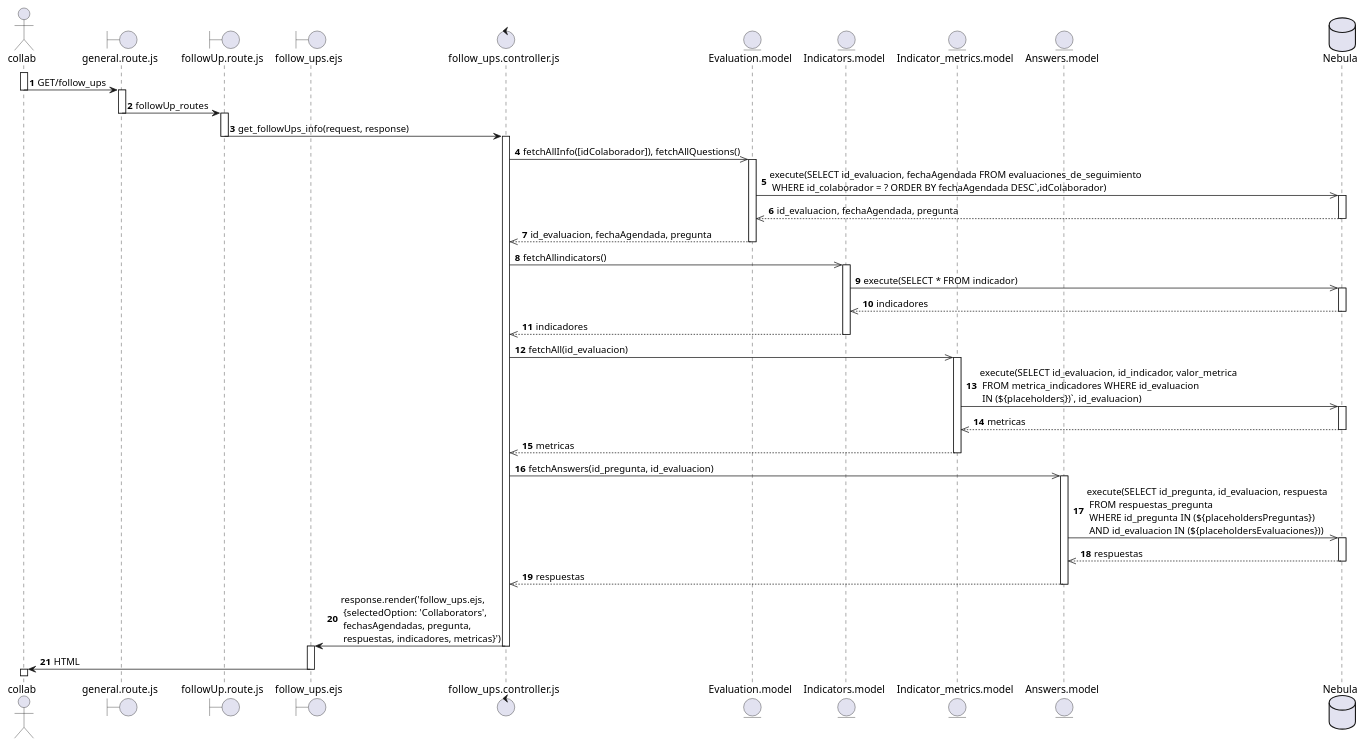
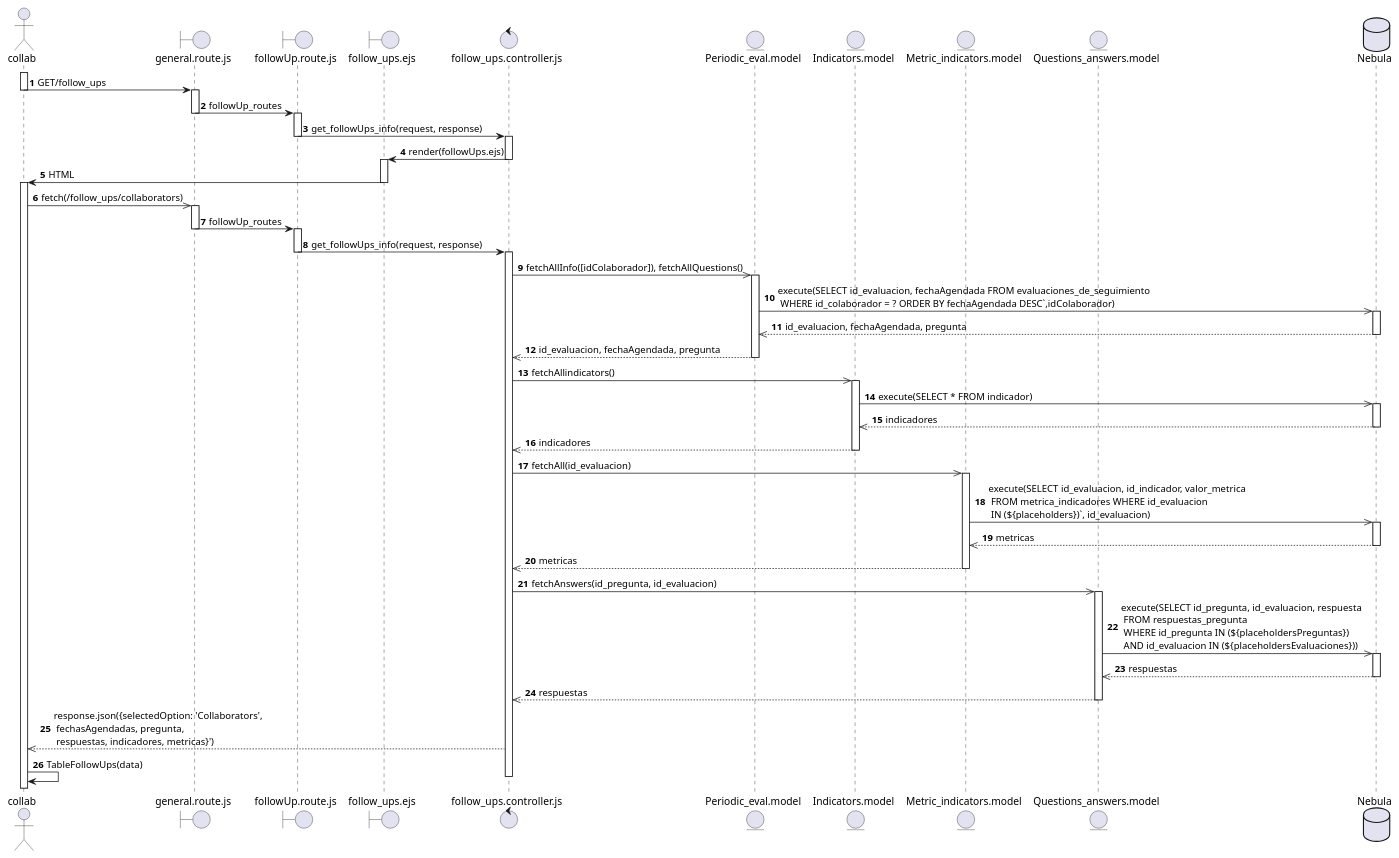
One commit to SALV19/Nebula_tc2005b changed the diagram in diagramas_secuencia/collab_consults_follow-ups.puml. Above: the diagram before and after it, drawn with PlantUML. The commit also changed 2 other files, not shown here.

Commit message:
[UPDATE] sequence diagrams

```diff
--- a/diagramas_secuencia/collab_consults_follow-ups.puml
+++ b/diagramas_secuencia/collab_consults_follow-ups.puml
@@ -1,71 +1,86 @@
 @startuml REQ-12
 autonumber
 actor collab
 boundary general.route.js as GeneralRoutes
 boundary followUp.route.js as followUpsRoutes
 boundary follow_ups.ejs as followUpsViews
 control follow_ups.controller.js as followUpsController
-entity Evaluation.model as evalModel
+entity Periodic_eval.model as evalModel
 entity Indicators.model as IndiModel
-entity Indicator_metrics.model as IndiMetricModel
-entity Answers.model as AnsModel
+entity Metric_indicators.model as IndiMetricModel
+entity Questions_answers.model as AnsModel
 database Nebula as nebula
 
 activate collab
 collab -> GeneralRoutes: GET/follow_ups
 deactivate collab
+activate GeneralRoutes
+
+GeneralRoutes -> followUpsRoutes: followUp_routes
+deactivate GeneralRoutes
+activate followUpsRoutes
+
+followUpsRoutes -> followUpsController: get_followUps_info(request, response)
+deactivate followUpsRoutes
+activate followUpsController
+
+followUpsController -> followUpsViews: render(followUps.ejs)
+deactivate followUpsController
+activate followUpsViews
+
+followUpsViews->collab: HTML
+deactivate followUpsViews
+activate collab
+
+collab ->> GeneralRoutes: fetch(/follow_ups/collaborators)
 activate GeneralRoutes
 
 GeneralRoutes -> followUpsRoutes: followUp_routes
 deactivate GeneralRoutes
 activate followUpsRoutes
 
 followUpsRoutes -> followUpsController: get_followUps_info(request, response)
 deactivate followUpsRoutes
 activate followUpsController
 
 followUpsController ->> evalModel: fetchAllInfo([idColaborador]), fetchAllQuestions()
 activate evalModel
 evalModel ->> nebula: execute(SELECT id_evaluacion, fechaAgendada FROM evaluaciones_de_seguimiento \n WHERE id_colaborador = ? ORDER BY fechaAgendada DESC`,idColaborador)
 activate nebula
 nebula -->> evalModel: id_evaluacion, fechaAgendada, pregunta
 deactivate nebula
 evalModel -->> followUpsController: id_evaluacion, fechaAgendada, pregunta
 deactivate evalModel
 
 followUpsController ->> IndiModel: fetchAllindicators()
 activate IndiModel
 IndiModel ->> nebula: execute(SELECT * FROM indicador)
 activate nebula
 nebula -->> IndiModel: indicadores
 deactivate nebula
 IndiModel -->> followUpsController: indicadores
 deactivate IndiModel
 
 followUpsController ->> IndiMetricModel: fetchAll(id_evaluacion)
 activate IndiMetricModel
 IndiMetricModel ->> nebula: execute(SELECT id_evaluacion, id_indicador, valor_metrica \n FROM metrica_indicadores WHERE id_evaluacion \n IN (${placeholders})`, id_evaluacion)
 activate nebula
 nebula -->> IndiMetricModel: metricas
 deactivate nebula
 IndiMetricModel -->> followUpsController: metricas
 deactivate IndiMetricModel
 
 followUpsController ->> AnsModel: fetchAnswers(id_pregunta, id_evaluacion)
 activate AnsModel
 AnsModel ->> nebula: execute(SELECT id_pregunta, id_evaluacion, respuesta \n FROM respuestas_pregunta \n WHERE id_pregunta IN (${placeholdersPreguntas}) \n AND id_evaluacion IN (${placeholdersEvaluaciones}))
 activate nebula
 nebula -->> AnsModel: respuestas
 deactivate nebula
 AnsModel -->> followUpsController: respuestas
 deactivate AnsModel
 
-followUpsController -> followUpsViews: response.render('follow_ups.ejs, \n {selectedOption: 'Collaborators', \n fechasAgendadas, pregunta, \n respuestas, indicadores, metricas}')
+followUpsController -->> collab: response.json({selectedOption: 'Collaborators', \n fechasAgendadas, pregunta, \n respuestas, indicadores, metricas}')
+collab -> collab: TableFollowUps(data)
 deactivate followUpsController
-activate followUpsViews
 
-followUpsViews -> collab: HTML
-deactivate followUpsViews
-activate collab
-
-@enduml
+@enduml   
```
